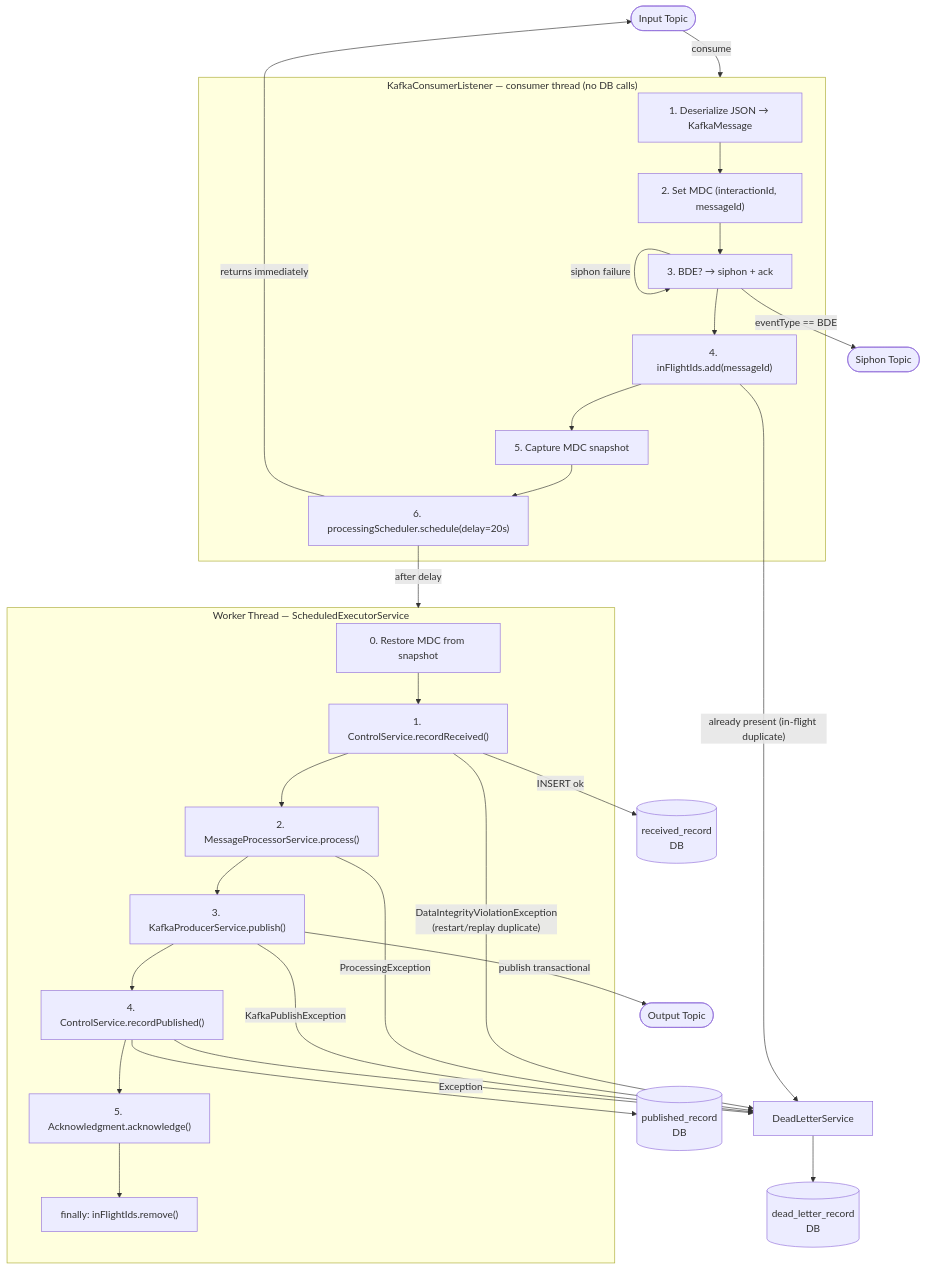
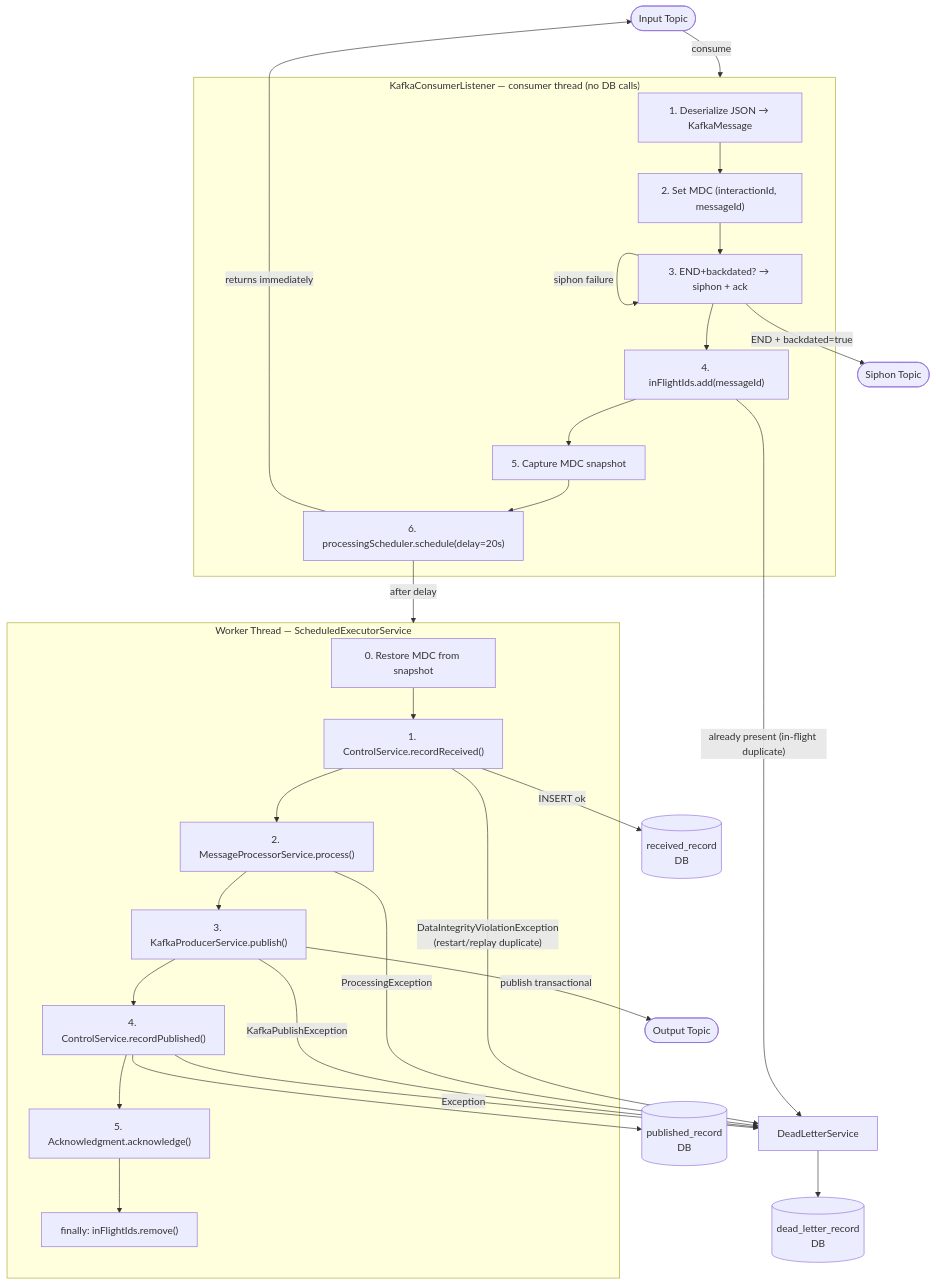
One commit to thzero/kafka-reader-example changed the first of 2 diagrams in README.md. Above: the diagram before and after it, drawn with Mermaid. The commit also changed other lines of this file and 26 other files, not shown here.

First line of the commit message:
fix: siphon condition is END + backdated=true, not a separate BDE event type

````diff
--- a/README.md
+++ b/README.md
@@ -39,42 +38,42 @@
 ```mermaid
 flowchart TD
     IT([Input Topic]) -->|consume| CL
 
     subgraph CL["KafkaConsumerListener — consumer thread (no DB calls)"]
         CL1["1. Deserialize JSON → KafkaMessage"]
         CL2["2. Set MDC (interactionId, messageId)"]
-        CL3["3. BDE? → siphon + ack"]
+    CL3["3. END+backdated? → siphon + ack"]
         CL4["4. inFlightIds.add(messageId)"]
         CL5["5. Capture MDC snapshot"]
         CL6["6. processingScheduler.schedule(delay=20s)"]
         CL1 --> CL2 --> CL3 --> CL4 --> CL5 --> CL6
     end
 
-    CL3 -->|"eventType == BDE"| ST([Siphon Topic])
+    CL3 -->|"END + backdated=true"| ST([Siphon Topic])
     CL3 -->|siphon failure| CL3
     CL4 -->|"already present (in-flight duplicate)"| DL
     CL6 -->|returns immediately| IT
 
     subgraph WT["Worker Thread — ScheduledExecutorService"]
         WT0["0. Restore MDC from snapshot"]
         WT1["1. ControlService.recordReceived()"]
         WT2["2. MessageProcessorService.process()"]
         WT3["3. KafkaProducerService.publish()"]
         WT4["4. ControlService.recordPublished()"]
         WT5["5. Acknowledgment.acknowledge()"]
         WT6["finally: inFlightIds.remove()"]
         WT0 --> WT1 --> WT2 --> WT3 --> WT4 --> WT5 --> WT6
     end
 
     CL6 -->|after delay| WT
     WT1 -->|INSERT ok| RR[(received_record\nDB)]
     WT1 -->|"DataIntegrityViolationException\n(restart/replay duplicate)"| DL
     WT3 -->|publish transactional| OT([Output Topic])
     WT4 --> PR[(published_record\nDB)]
     WT2 -->|ProcessingException| DL
     WT3 -->|KafkaPublishException| DL
     WT4 -->|Exception| DL
 
     DL["DeadLetterService"]
     DL --> DLR[(dead_letter_record\nDB)]
 ```
````
